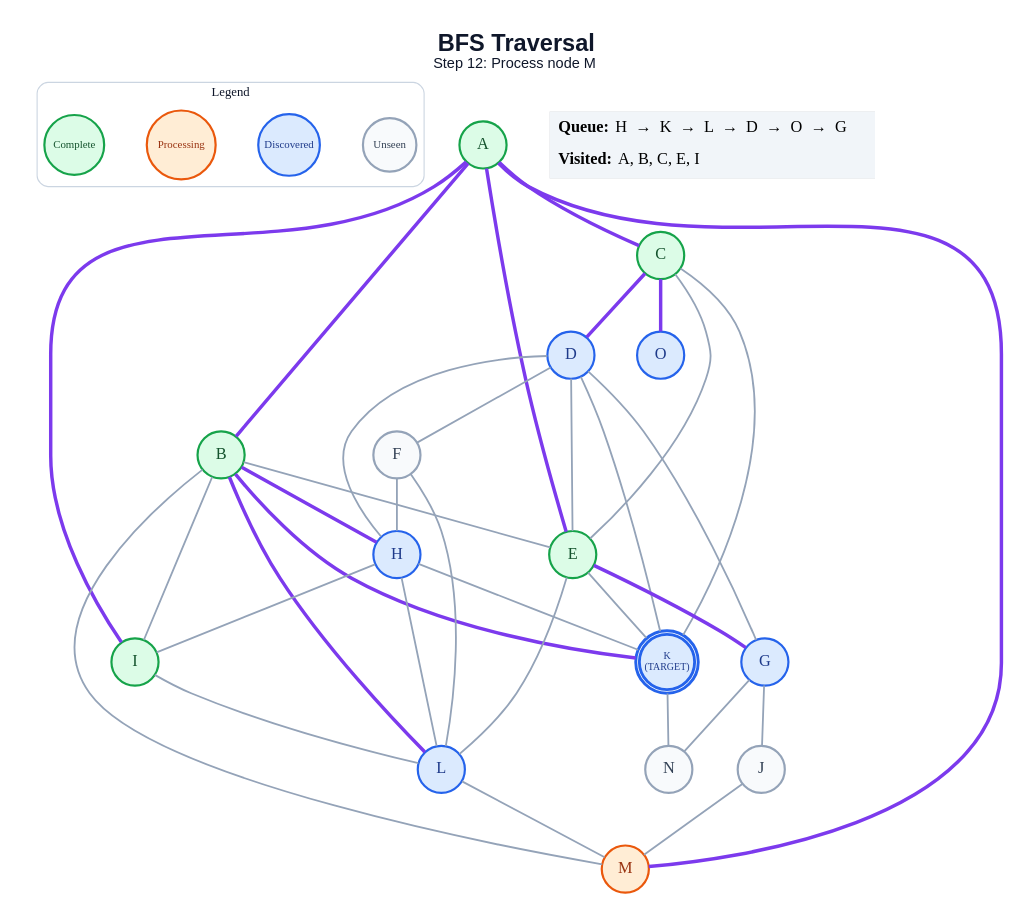
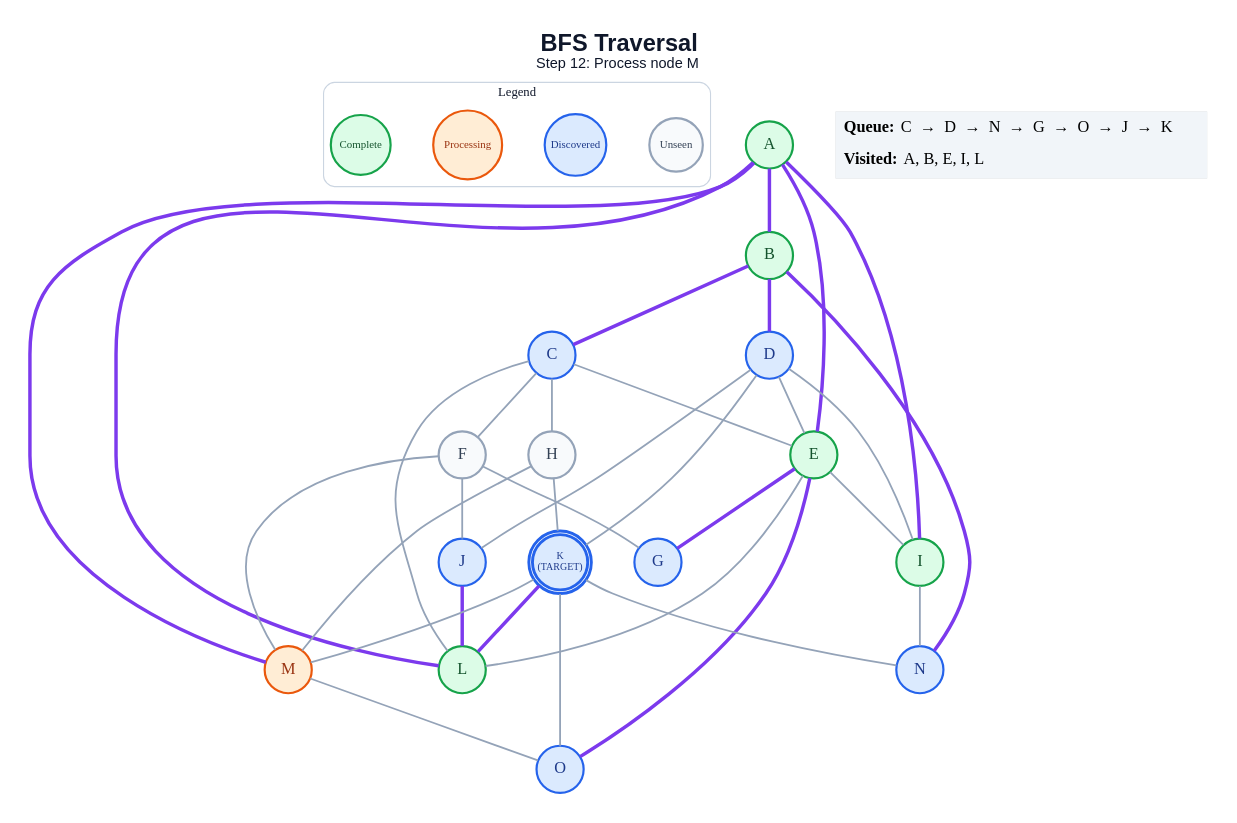
One commit to anon7238593-create/ai-slop changed the diagram in generated/bfs/step_12.dot. Above: the diagram before and after it, drawn with Graphviz. The commit also changed 249 other files, not shown here.

```diff
--- a/generated/bfs/step_12.dot
+++ b/generated/bfs/step_12.dot
@@ -1,68 +1,66 @@
 graph traversal {
   graph [layout=dot, rankdir=TB, bgcolor="#FFFFFF", pad="0.35", nodesep="0.65", ranksep="0.8", fontname="Arial"];
   node [shape=circle, style="filled", fontname="Arial Bold", fontsize=18, width=0.72, fixedsize=true, penwidth=2.4];
   edge [color="#94A3B8", penwidth=2.0];
   label=<<B>BFS Traversal</B><BR/><FONT POINT-SIZE="16">Step 12: Process node M</FONT>>; labelloc="t"; fontsize=26; fontname="Arial"; fontcolor="#0F172A";
   subgraph cluster_legend { label="Legend"; color="#CBD5E1"; penwidth=1.2; style="rounded"; fontsize=14; fontname="Arial Bold";
     key_unseen [label="Unseen", fillcolor="#F8FAFC", color="#94A3B8", fontcolor="#334155", fontsize=12, width=0.82];
     key_frontier [label="Discovered", fillcolor="#DBEAFE", color="#2563EB", fontcolor="#1E3A8A", fontsize=12, width=0.95];
     key_current [label="Processing", fillcolor="#FFEDD5", color="#EA580C", fontcolor="#9A3412", fontsize=12, width=1.05];
     key_done [label="Complete", fillcolor="#DCFCE7", color="#16A34A", fontcolor="#14532D", fontsize=12, width=0.92];
     { rank=same; key_unseen; key_frontier; key_current; key_done; }
   }
   A [label="A", fillcolor="#DCFCE7", color="#16A34A", fontcolor="#14532D", peripheries=1, penwidth=2.4];
   B [label="B", fillcolor="#DCFCE7", color="#16A34A", fontcolor="#14532D", peripheries=1, penwidth=2.4];
-  C [label="C", fillcolor="#DCFCE7", color="#16A34A", fontcolor="#14532D", peripheries=1, penwidth=2.4];
+  C [label="C", fillcolor="#DBEAFE", color="#2563EB", fontcolor="#1E3A8A", peripheries=1, penwidth=2.4];
   D [label="D", fillcolor="#DBEAFE", color="#2563EB", fontcolor="#1E3A8A", peripheries=1, penwidth=2.4];
   E [label="E", fillcolor="#DCFCE7", color="#16A34A", fontcolor="#14532D", peripheries=1, penwidth=2.4];
   F [label="F", fillcolor="#F8FAFC", color="#94A3B8", fontcolor="#334155", peripheries=1, penwidth=2.4];
   G [label="G", fillcolor="#DBEAFE", color="#2563EB", fontcolor="#1E3A8A", peripheries=1, penwidth=2.4];
-  H [label="H", fillcolor="#DBEAFE", color="#2563EB", fontcolor="#1E3A8A", peripheries=1, penwidth=2.4];
+  H [label="H", fillcolor="#F8FAFC", color="#94A3B8", fontcolor="#334155", peripheries=1, penwidth=2.4];
   I [label="I", fillcolor="#DCFCE7", color="#16A34A", fontcolor="#14532D", peripheries=1, penwidth=2.4];
-  J [label="J", fillcolor="#F8FAFC", color="#94A3B8", fontcolor="#334155", peripheries=1, penwidth=2.4];
+  J [label="J", fillcolor="#DBEAFE", color="#2563EB", fontcolor="#1E3A8A", peripheries=1, penwidth=2.4];
   K [label="K\n(TARGET)", fillcolor="#DBEAFE", color="#2563EB", fontcolor="#1E3A8A", peripheries=2, penwidth=3.2, fontsize=11, width=0.85, height=0.85];
-  L [label="L", fillcolor="#DBEAFE", color="#2563EB", fontcolor="#1E3A8A", peripheries=1, penwidth=2.4];
+  L [label="L", fillcolor="#DCFCE7", color="#16A34A", fontcolor="#14532D", peripheries=1, penwidth=2.4];
   M [label="M", fillcolor="#FFEDD5", color="#EA580C", fontcolor="#9A3412", peripheries=1, penwidth=2.4];
-  N [label="N", fillcolor="#F8FAFC", color="#94A3B8", fontcolor="#334155", peripheries=1, penwidth=2.4];
+  N [label="N", fillcolor="#DBEAFE", color="#2563EB", fontcolor="#1E3A8A", peripheries=1, penwidth=2.4];
   O [label="O", fillcolor="#DBEAFE", color="#2563EB", fontcolor="#1E3A8A", peripheries=1, penwidth=2.4];
   A -- B [color="#7C3AED", penwidth=3.8];
-  A -- C [color="#7C3AED", penwidth=3.8];
   A -- E [color="#7C3AED", penwidth=3.8];
   A -- I [color="#7C3AED", penwidth=3.8];
+  A -- L [color="#7C3AED", penwidth=3.8];
   A -- M [color="#7C3AED", penwidth=3.8];
-  B -- E;
-  B -- H [color="#7C3AED", penwidth=3.8];
-  B -- I;
-  B -- K [color="#7C3AED", penwidth=3.8];
-  B -- L [color="#7C3AED", penwidth=3.8];
-  B -- M;
-  C -- D [color="#7C3AED", penwidth=3.8];
+  B -- C [color="#7C3AED", penwidth=3.8];
+  B -- D [color="#7C3AED", penwidth=3.8];
+  B -- N [color="#7C3AED", penwidth=3.8];
   C -- E;
-  C -- K;
-  C -- O [color="#7C3AED", penwidth=3.8];
+  C -- F;
+  C -- H;
+  C -- L;
   D -- E;
-  D -- F;
-  D -- G;
-  D -- H;
+  D -- I;
+  D -- J;
   D -- K;
   E -- G [color="#7C3AED", penwidth=3.8];
-  E -- K;
+  E -- I;
   E -- L;
-  F -- H;
-  F -- L;
-  G -- J;
-  G -- N;
-  H -- I;
+  E -- O [color="#7C3AED", penwidth=3.8];
+  F -- G;
+  F -- J;
+  F -- M;
   H -- K;
-  H -- L;
-  I -- L;
-  J -- M;
+  H -- M;
+  I -- N;
+  J -- L [color="#7C3AED", penwidth=3.8];
+  K -- L [color="#7C3AED", penwidth=3.8];
+  K -- M;
   K -- N;
-  L -- M;
+  K -- O;
+  M -- O;
   status [shape=plain, fixedsize=false, width=0, height=0, margin=0, label=<
     <TABLE BORDER="0" CELLBORDER="0" CELLPADDING="7" BGCOLOR="#F1F5F9">
-      <TR><TD ALIGN="LEFT"><B>Queue:</B> H  →  K  →  L  →  D  →  O  →  G</TD></TR>
-      <TR><TD ALIGN="LEFT"><B>Visited:</B> A, B, C, E, I</TD></TR>
+      <TR><TD ALIGN="LEFT"><B>Queue:</B> C  →  D  →  N  →  G  →  O  →  J  →  K</TD></TR>
+      <TR><TD ALIGN="LEFT"><B>Visited:</B> A, B, E, I, L</TD></TR>
     </TABLE>
   >];
 }
```
